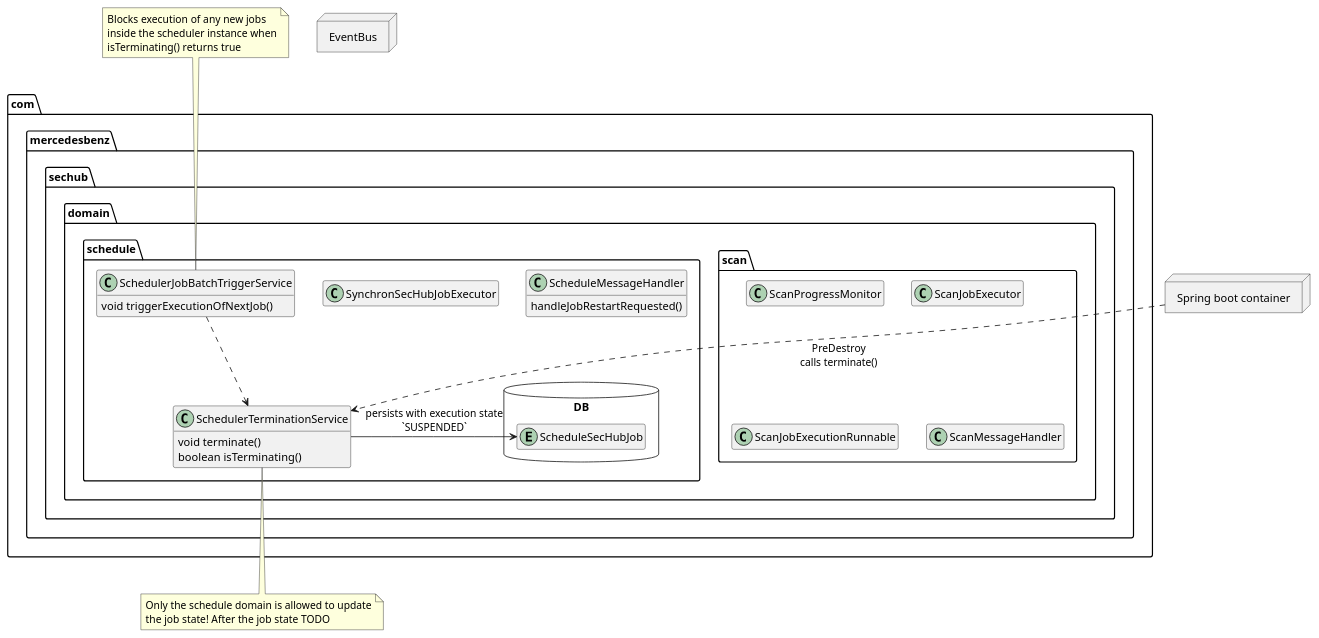
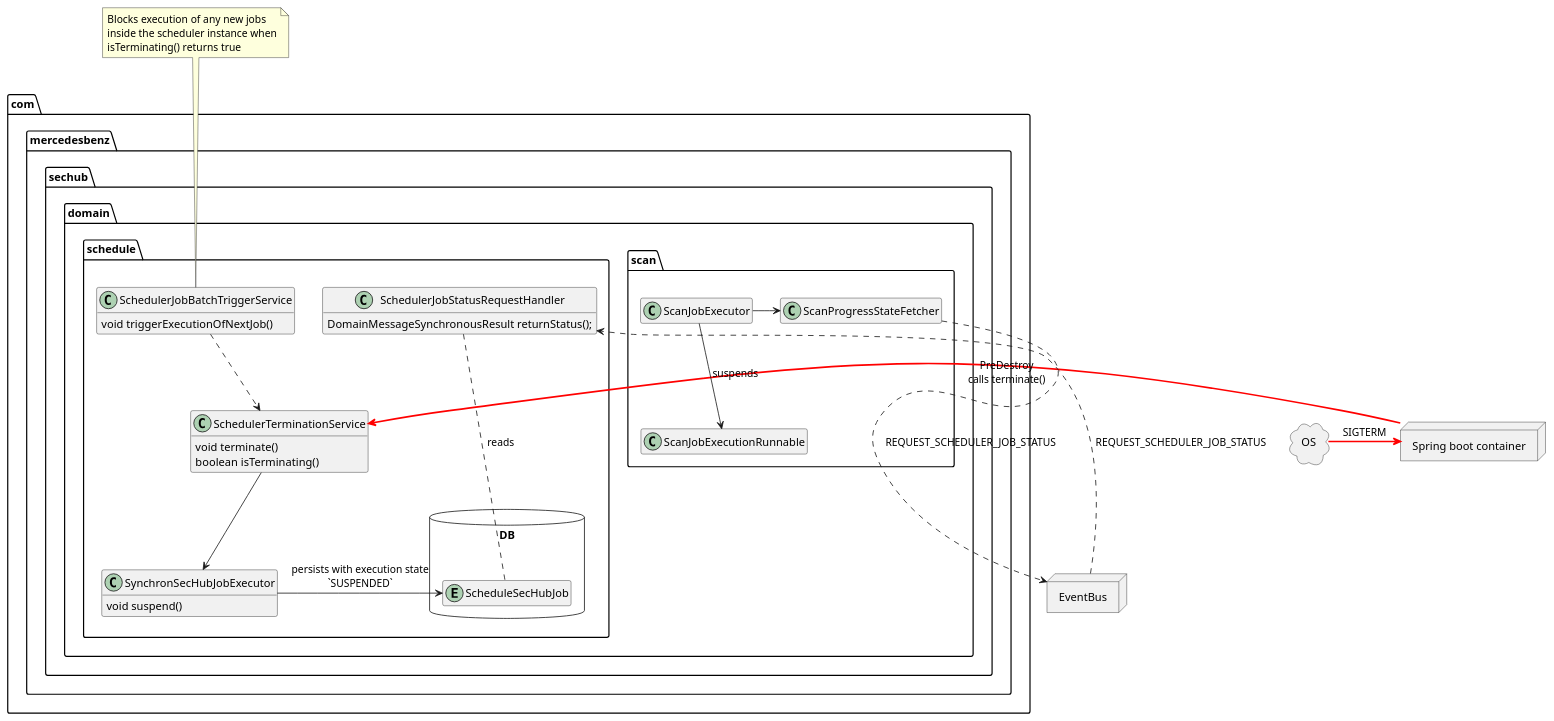
Before and after one commit to mercedes-benz/sechub: the diagram in sechub-doc/src/docs/asciidoc/diagrams/diagram_sechub_sigterm_handling.puml, drawn with PlantUML. The commit also changed 28 other files, not shown here.

```diff
--- a/sechub-doc/src/docs/asciidoc/diagrams/diagram_sechub_sigterm_handling.puml
+++ b/sechub-doc/src/docs/asciidoc/diagrams/diagram_sechub_sigterm_handling.puml
@@ -1,72 +1,80 @@
 @startuml
 
 'Hide empty parts:
 hide empty fields
 hide empty methods
 
 'You can find more examples at https://plantuml.com/class-diagram
 
 package com.mercedesbenz.sechub.domain.scan {
 	
-	class ScanProgressMonitor 
+	class ScanProgressStateFetcher 
 	 
 	class ScanJobExecutor {
 	
 	}
 	 
-	class ScanJobExecutionRunnable{
+	class ScanJobExecutionRunnable {
 	
 	}
-	class ScanMessageHandler
 }
 
 
 
 package com.mercedesbenz.sechub.domain.schedule {
 
-	class ScheduleMessageHandler {
-		handleJobRestartRequested()
-	}
-	
 	class SynchronSecHubJobExecutor {
+	   void suspend()
 	}
 	
 	class SchedulerTerminationService {
 	   void terminate()
 	   boolean isTerminating()
 	}
 	
 	class SchedulerJobBatchTriggerService {
 	   void triggerExecutionOfNextJob()
 	}
 	
+	class SchedulerJobStatusRequestHandler {
+	   DomainMessageSynchronousResult returnStatus();
+	}
+	
 	database DB {
     	entity ScheduleSecHubJob {
     	}
 	}
 	
 }
 
 SchedulerJobBatchTriggerService ..> SchedulerTerminationService 
-SchedulerTerminationService -> ScheduleSecHubJob : persists with execution state\n`SUSPENDED`
+SynchronSecHubJobExecutor -> ScheduleSecHubJob : persists with execution state\n`SUSPENDED`
+
 
 node EventBus {
 }
 
 node springcontainer as "Spring boot container" {
 }
 
-springcontainer ..> SchedulerTerminationService: PreDestroy\ncalls terminate()
+cloud OS {
+
+}
+OS -[#red,bold]> springcontainer: SIGTERM
+springcontainer -[#red,bold]> SchedulerTerminationService: PreDestroy\ncalls terminate()
+
+ScanProgressStateFetcher ...> EventBus : REQUEST_SCHEDULER_JOB_STATUS
+EventBus ...> SchedulerJobStatusRequestHandler: REQUEST_SCHEDULER_JOB_STATUS
+ScanJobExecutor -> ScanProgressStateFetcher 
+ScanJobExecutor --> ScanJobExecutionRunnable: suspends
+
+SchedulerTerminationService --> SynchronSecHubJobExecutor
+SchedulerJobStatusRequestHandler ... ScheduleSecHubJob : reads
 
 note top of SchedulerJobBatchTriggerService
 Blocks execution of any new jobs 
 inside the scheduler instance when
 isTerminating() returns true
 end note 
 
-note bottom of SchedulerTerminationService
-Only the schedule domain is allowed to update
-the job state! After the job state TODO
-end note
-
 @enduml
```
